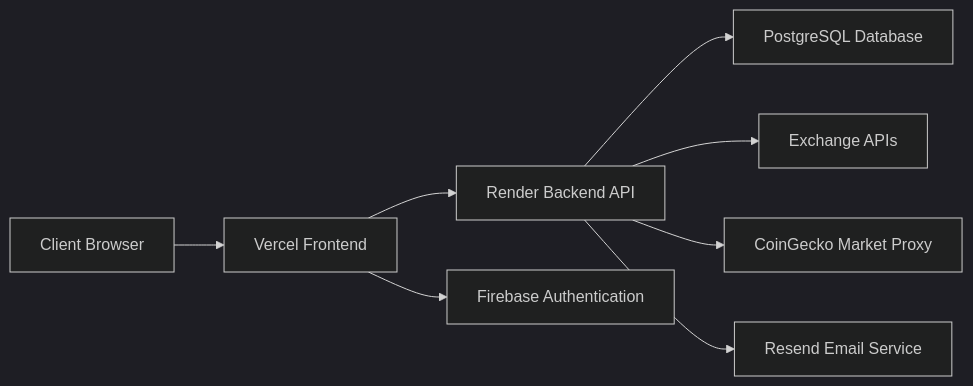
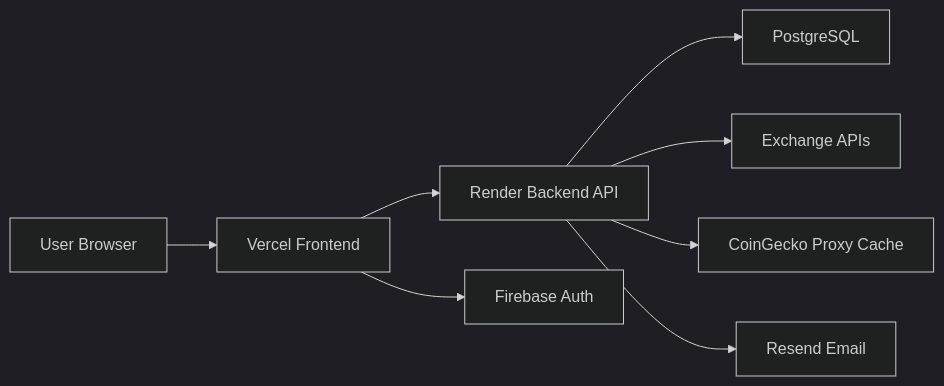
Before and after one commit to prakyath-shetty/crypto-zip-fresh: the diagram in README.md, drawn with Mermaid (dark theme). The commit also changed other lines of this file, not shown here.

````diff
--- a/README.md
+++ b/README.md
@@ -72,10 +102,10 @@
 ```mermaid
 flowchart LR
-    A["Client Browser"] --> B["Vercel Frontend"]
+    A["User Browser"] --> B["Vercel Frontend"]
     B --> C["Render Backend API"]
-    C --> D["PostgreSQL Database"]
+    C --> D["PostgreSQL"]
     C --> E["Exchange APIs"]
-    C --> F["CoinGecko Market Proxy"]
-    C --> G["Resend Email Service"]
-    B --> H["Firebase Authentication"]
+    C --> F["CoinGecko Proxy Cache"]
+    C --> G["Resend Email"]
+    B --> H["Firebase Auth"]
 ```
````
